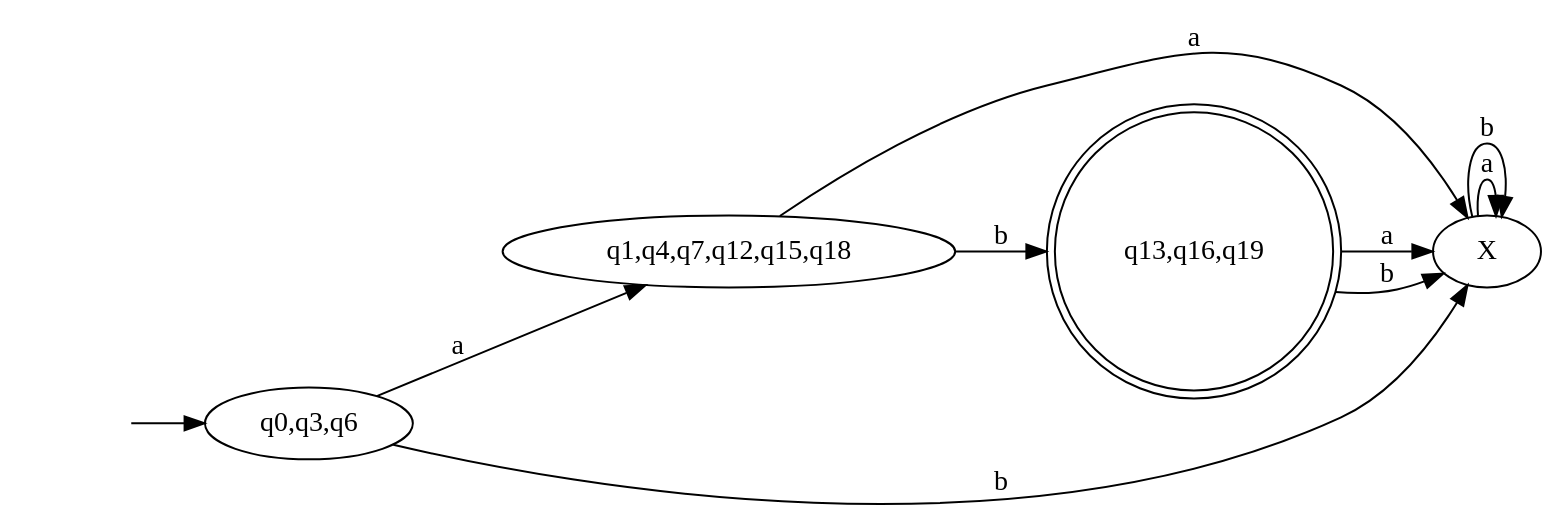
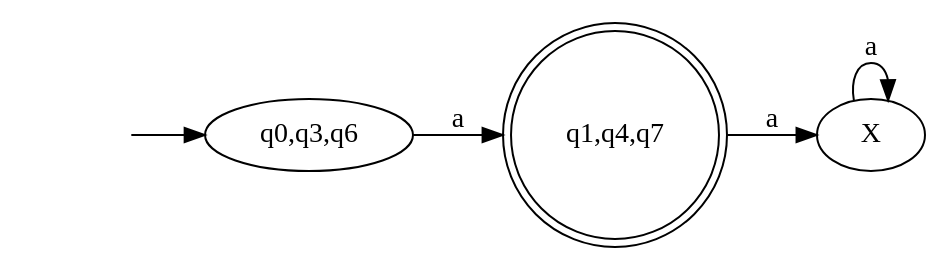
One commit to Squarific/TalenEnAutomaten changed the diagram in step2.gv. Above: the diagram before and after it, drawn with Graphviz. The commit also changed 16 other files, not shown here.

```diff
--- a/step2.gv
+++ b/step2.gv
@@ -1,14 +1,9 @@
 digraph g{
 	rankdir=LR
 	-1[style="invis"];
 	-1->"q0,q3,q6";
-	"q0,q3,q6"->"q1,q4,q7,q12,q15,q18"[label="a"];
-	"q0,q3,q6"->"X"[label="b"];
-	"q1,q4,q7,q12,q15,q18"->"X"[label="a"];
-	"q1,q4,q7,q12,q15,q18"->"q13,q16,q19"[label="b"];
-	"q13,q16,q19"[shape="doublecircle"];
-	"q13,q16,q19"->"X"[label="a"];
-	"q13,q16,q19"->"X"[label="b"];
+	"q0,q3,q6"->"q1,q4,q7"[label="a"];
+	"q1,q4,q7"[shape="doublecircle"];
+	"q1,q4,q7"->"X"[label="a"];
 	"X"->"X"[label="a"];
-	"X"->"X"[label="b"];
 }
```
